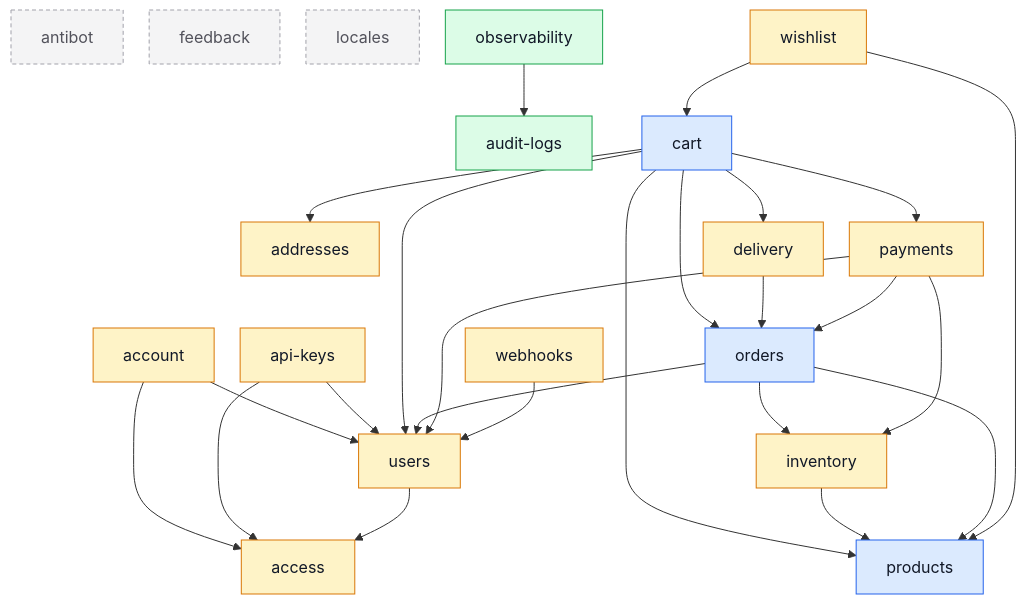
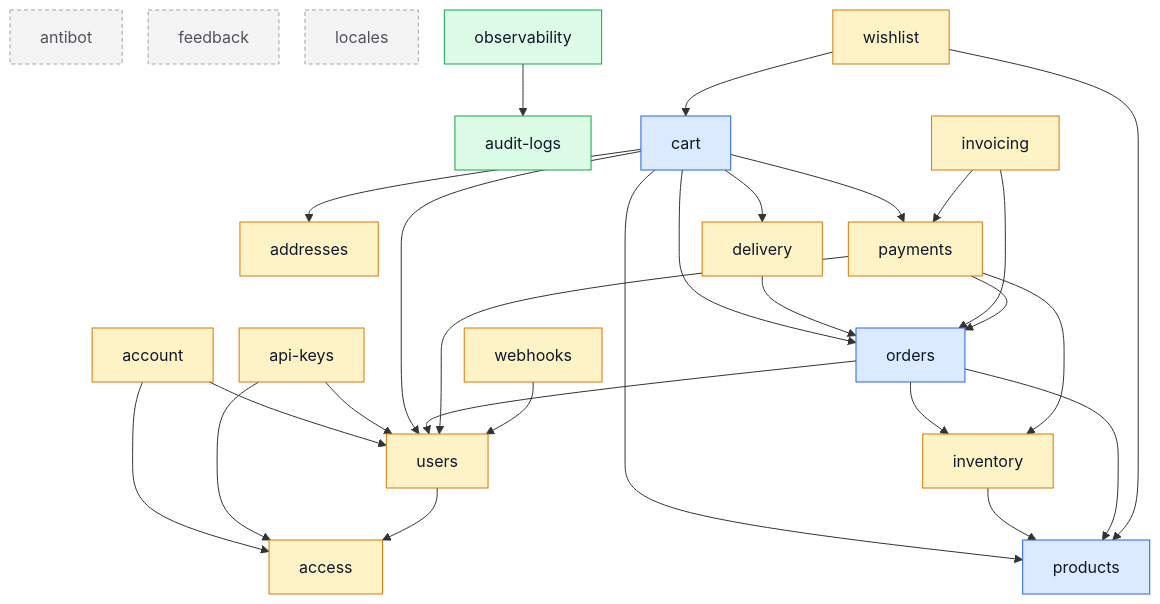
The diagram in docs/modules/index.md (Guebbit/boilerplate-node-backend), drawn with Mermaid before and after one commit. The commit also changed other lines of this file and 10 other files, not shown here.

````diff
--- a/docs/modules/index.md
+++ b/docs/modules/index.md
@@ -40,55 +40,58 @@
 ```mermaid
 %%{init: {'flowchart': {'nodeSpacing': 26, 'rankSpacing': 52}}}%%
 flowchart TD
     access
     account
     addresses
     antibot
     api_keys["api-keys"]
     audit_logs["audit-logs"]
     cart
     delivery
     feedback
     inventory
+    invoicing
     locales
     observability
     orders
     payments
     products
     users
     webhooks
     wishlist
 
     account --> access
     account --> users
     api_keys --> access
     api_keys --> users
     cart --> addresses
     cart --> delivery
     cart --> orders
     cart --> payments
     cart --> products
     cart --> users
     delivery --> orders
     inventory --> products
+    invoicing --> orders
+    invoicing --> payments
     observability --> audit_logs
     orders --> inventory
     orders --> products
     orders --> users
     payments --> inventory
     payments --> orders
     payments --> users
     users --> access
     webhooks --> users
     wishlist --> cart
     wishlist --> products
 
     classDef core fill:#dbeafe,stroke:#2563eb,color:#111827;
     classDef supporting fill:#fef3c7,stroke:#d97706,color:#111827;
     classDef generic fill:#dcfce7,stroke:#16a34a,color:#111827;
     classDef isolated fill:#f4f4f5,stroke:#a1a1aa,color:#52525b,stroke-dasharray:4 3;
     class cart,orders,products core;
-    class access,account,addresses,api_keys,delivery,inventory,payments,users,webhooks,wishlist supporting;
+    class access,account,addresses,api_keys,delivery,inventory,invoicing,payments,users,webhooks,wishlist supporting;
     class audit_logs,observability generic;
     class antibot,feedback,locales isolated;
 ```
````
